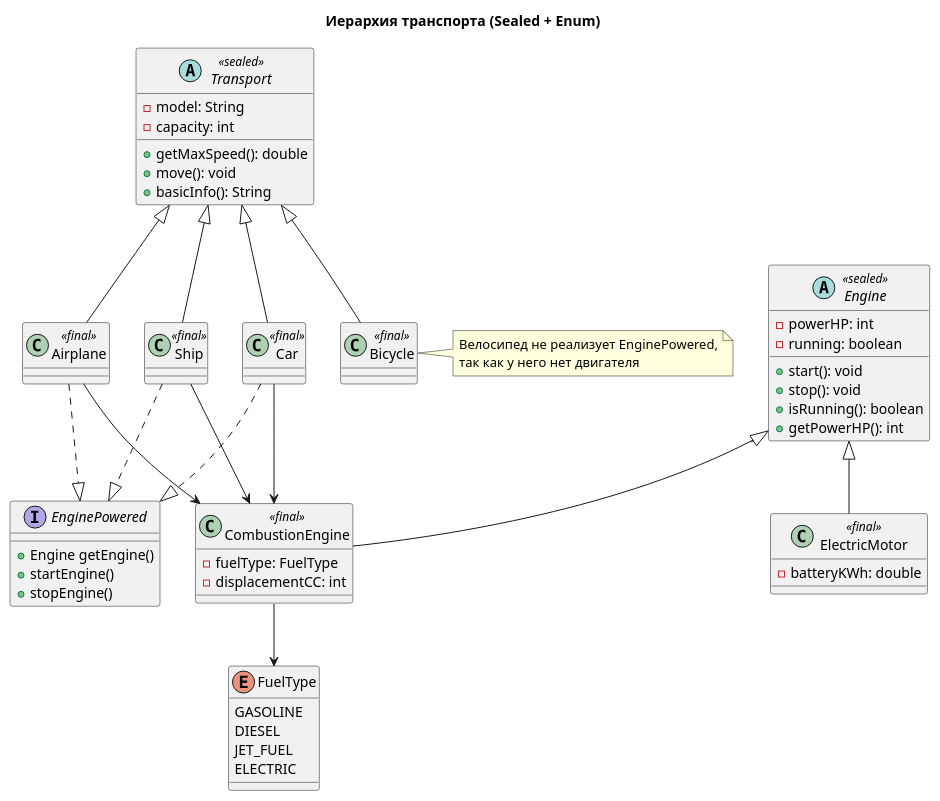
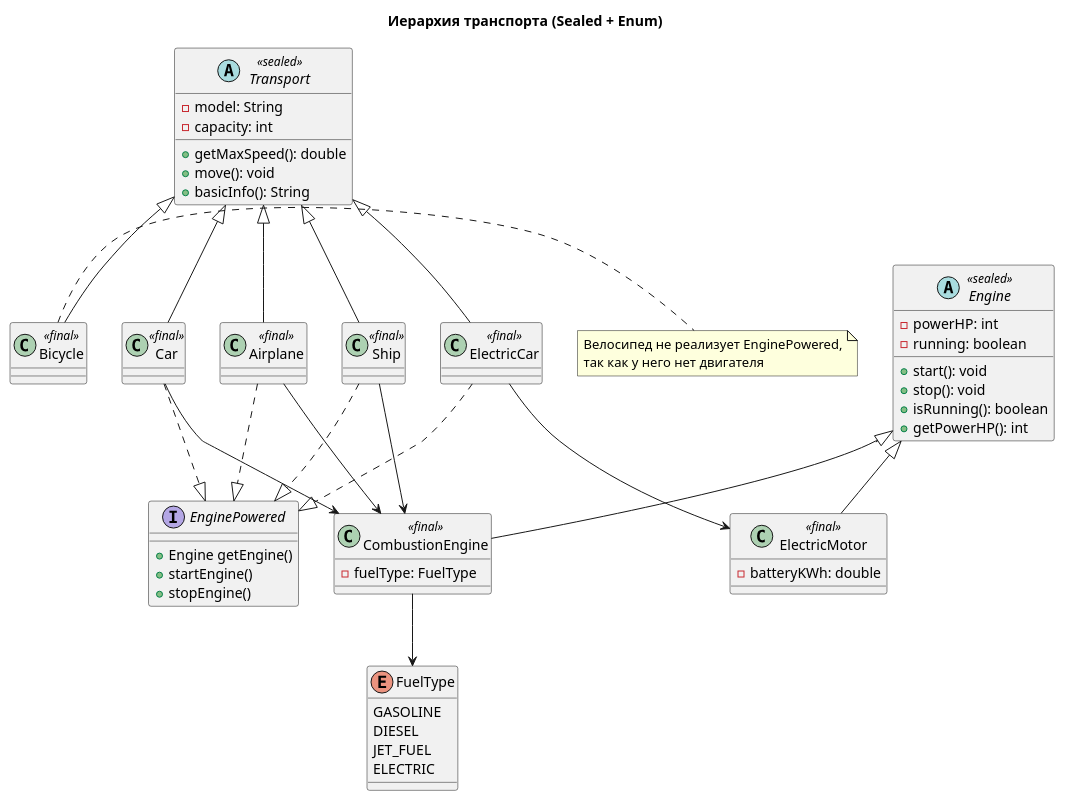
The diagram in 1.2 Системы контроля версий. Продвинутое ООП/transport_uml.puml (qvazae/Learn_JavaBackendDeveloper), drawn with PlantUML before and after one commit. The commit also changed other lines of this file and 2 other files, not shown here.

```diff
--- a/1.2 Системы контроля версий. Продвинутое ООП/transport_uml.puml
+++ b/1.2 Системы контроля версий. Продвинутое ООП/transport_uml.puml
@@ -1,70 +1,73 @@
 @startuml
 title Иерархия транспорта (Sealed + Enum)
 
 interface EnginePowered {
   +Engine getEngine()
   +startEngine()
   +stopEngine()
 }
 
 enum FuelType {
   GASOLINE
   DIESEL
   JET_FUEL
   ELECTRIC
 }
 
 abstract class Transport <<sealed>> {
   - model: String
   - capacity: int
   + getMaxSpeed(): double
   + move(): void
   + basicInfo(): String
 }
 
 abstract class Engine <<sealed>> {
   - powerHP: int
   - running: boolean
   + start(): void
   + stop(): void
   + isRunning(): boolean
   + getPowerHP(): int
 }
 
 class CombustionEngine <<final>> {
   - fuelType: FuelType
-  - displacementCC: int
 }
 
 class ElectricMotor <<final>> {
   - batteryKWh: double
 }
 
 class Car <<final>>
+class ElectricCar <<final>>
 class Airplane <<final>>
 class Ship <<final>>
 class Bicycle <<final>>
 
 Transport <|-- Car
+Transport <|-- ElectricCar
 Transport <|-- Airplane
 Transport <|-- Ship
 Transport <|-- Bicycle
 
 Engine <|-- CombustionEngine
 Engine <|-- ElectricMotor
 
 CombustionEngine --> FuelType
 Car ..|> EnginePowered
+ElectricCar ..|> EnginePowered
 Airplane ..|> EnginePowered
 Ship ..|> EnginePowered
 
 Car --> CombustionEngine
+ElectricCar --> ElectricMotor
 Airplane --> CombustionEngine
 Ship --> CombustionEngine
 
 note right of Bicycle
   Велосипед не реализует EnginePowered,
   так как у него нет двигателя
 end note
 
 @enduml
```
